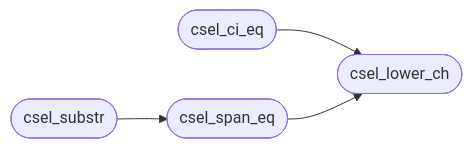
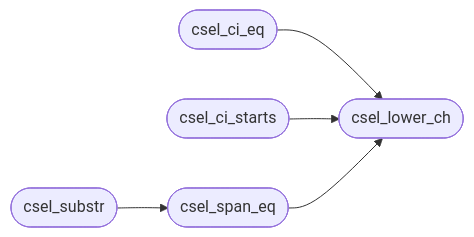
Before and after one commit to grisuno/FreeDom: the second of 2 diagrams in readmenator-apidocs/modules/include.css_select.h.md, drawn with Mermaid. The commit also changed other lines of this file and 301 other files, not shown here.

````diff
--- a/readmenator-apidocs/modules/include.css_select.h.md
+++ b/readmenator-apidocs/modules/include.css_select.h.md
@@ -43,10 +43,12 @@
 ```mermaid
 flowchart LR
     n_include_css_select_h__csel_ci_eq(["csel_ci_eq"])
     n_include_css_select_h__csel_lower_ch(["csel_lower_ch"])
+    n_include_css_select_h__csel_ci_starts(["csel_ci_starts"])
     n_include_css_select_h__csel_span_eq(["csel_span_eq"])
     n_include_css_select_h__csel_substr(["csel_substr"])
     n_include_css_select_h__csel_ci_eq --> n_include_css_select_h__csel_lower_ch
+    n_include_css_select_h__csel_ci_starts --> n_include_css_select_h__csel_lower_ch
     n_include_css_select_h__csel_span_eq --> n_include_css_select_h__csel_lower_ch
     n_include_css_select_h__csel_substr --> n_include_css_select_h__csel_span_eq
 ```
````
